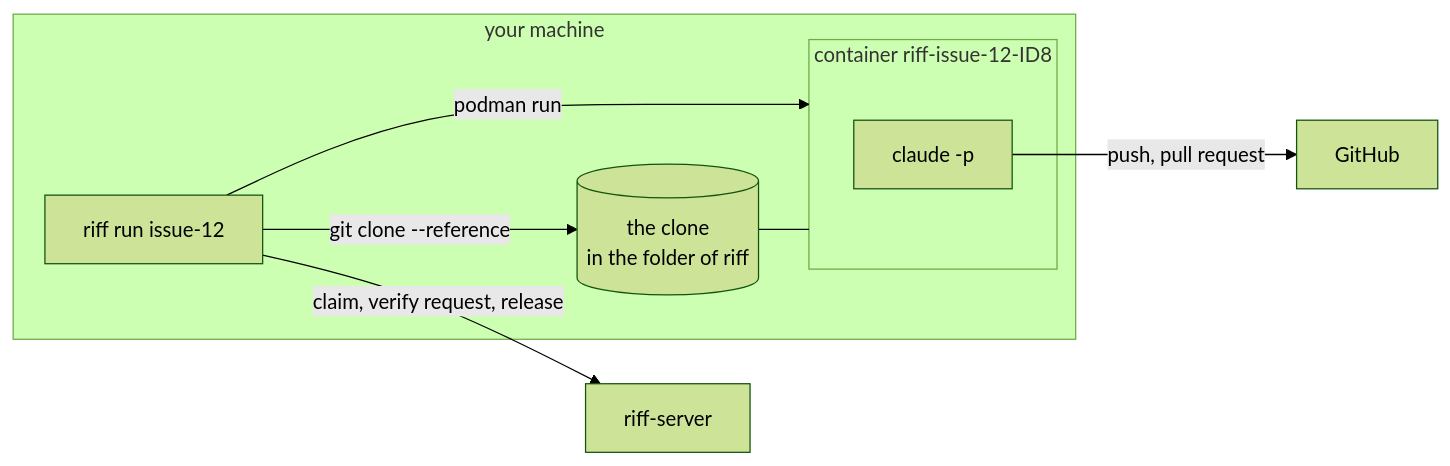
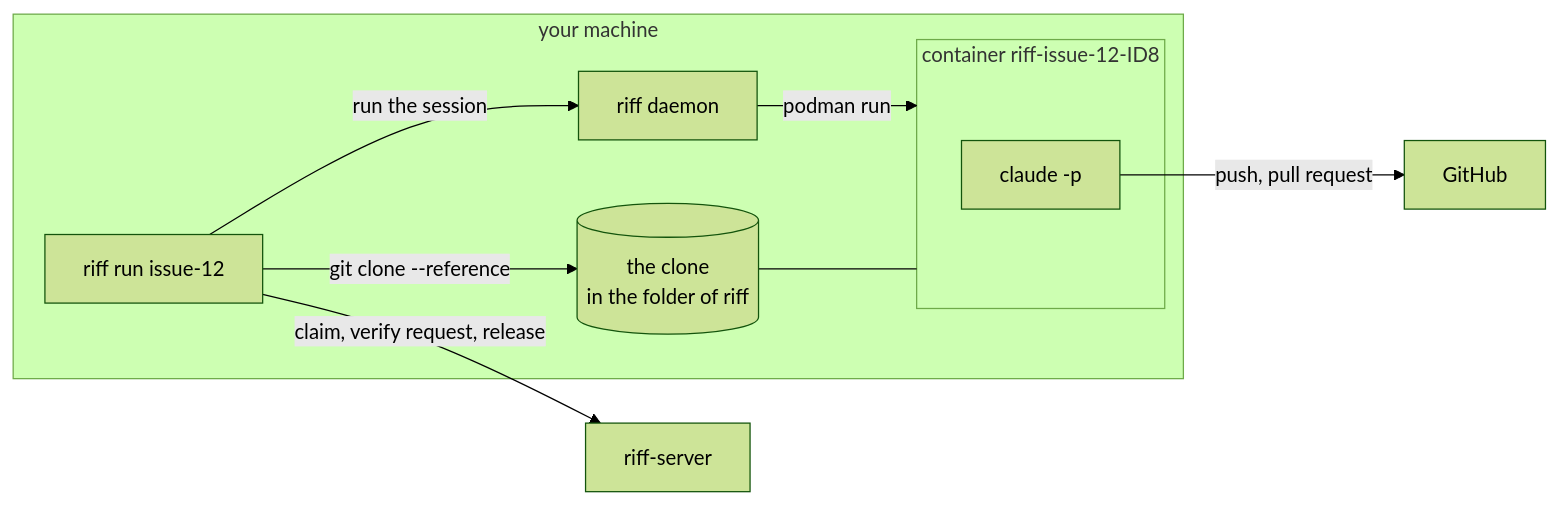
Before and after one commit to como-technologies/riff: the seventh of 23 diagrams in docs/src/development.md, drawn with Mermaid (forest theme). The commit also changed other lines of this file and 5 other files, not shown here.

Commit message:
WIP: the requirements and the book how-to of the riff daemon

````diff
--- a/docs/src/development.md
+++ b/docs/src/development.md
@@ -323,13 +400,14 @@
 ```mermaid
 flowchart LR
     subgraph M["your machine"]
         R["riff run issue-12"] -- "git clone --reference" --> L[("the clone<br/>in the folder of riff")]
-        R -- "podman run" --> C
+        R -- "run the session" --> D["riff daemon"]
+        D -- "podman run" --> C
         subgraph C["container riff-issue-12-ID8"]
             K["claude -p"]
         end
         L --- C
     end
     R -- "claim, verify request, release" --> S["riff-server"]
     K -- "push, pull request" --> G["GitHub"]
 ```
````
